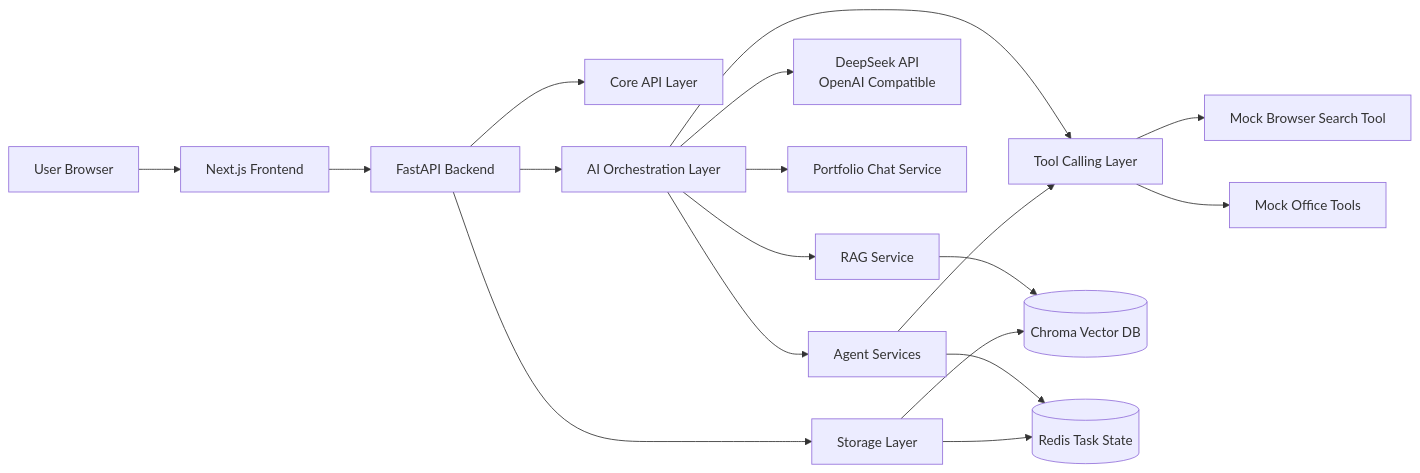
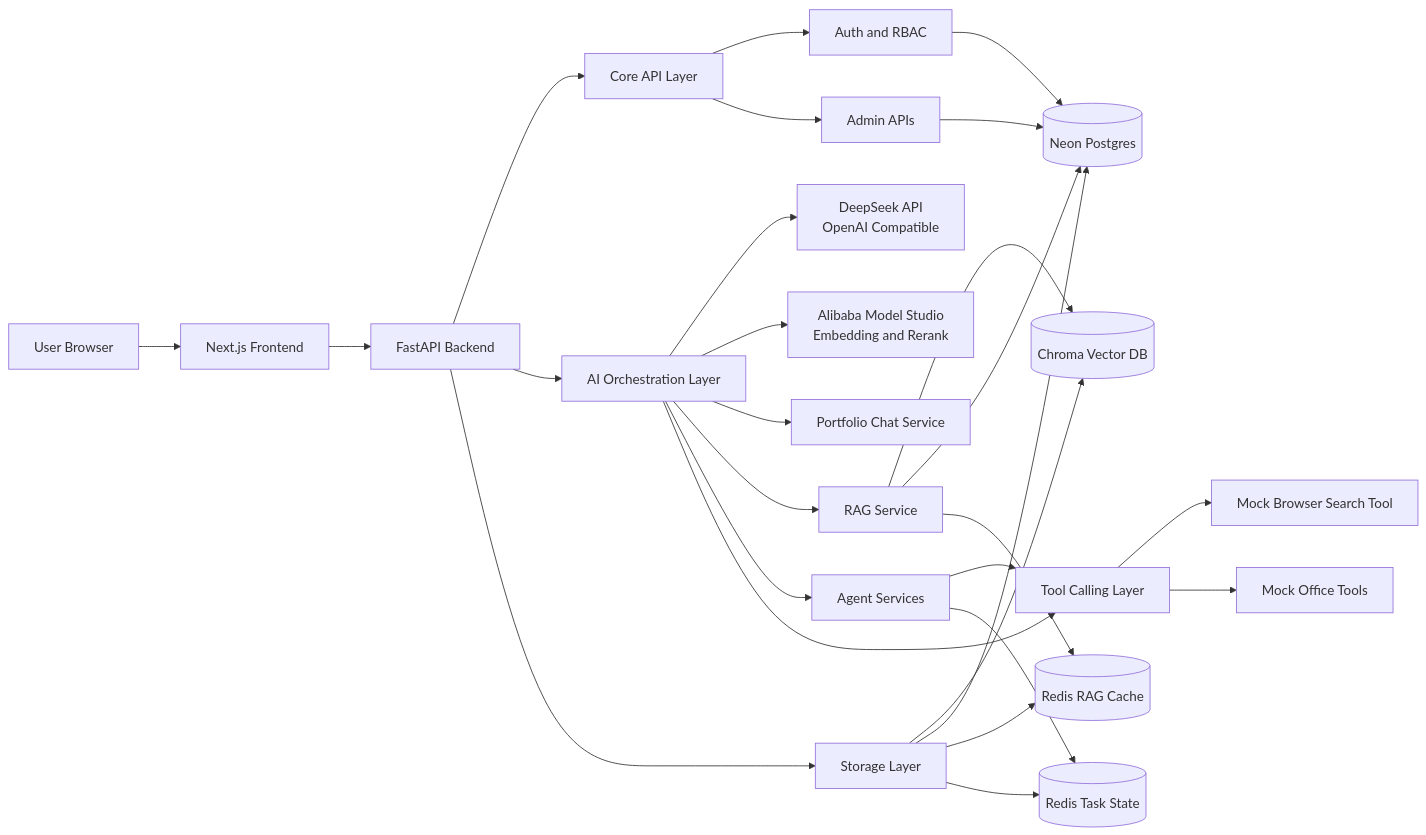
One commit to TotoroKingdom/paiguangguang-ai changed the diagram in paiguangguang/docs/architecture.md. Above: the diagram before and after it, drawn with Mermaid. The commit also changed other lines of this file and 3 other files, not shown here.

````diff
--- a/paiguangguang/docs/architecture.md
+++ b/paiguangguang/docs/architecture.md
@@ -5,24 +5,33 @@
 ```mermaid
 flowchart LR
   U[User Browser] --> FE[Next.js Frontend]
   FE --> API[FastAPI Backend]
 
   API --> Core[Core API Layer]
   API --> AI[AI Orchestration Layer]
   API --> Store[Storage Layer]
 
+  Core --> Auth[Auth and RBAC]
+  Core --> Admin[Admin APIs]
   AI --> DeepSeek[DeepSeek API<br/>OpenAI Compatible]
+  AI --> DashScope[Alibaba Model Studio<br/>Embedding and Rerank]
   AI --> Portfolio[Portfolio Chat Service]
   AI --> RAG[RAG Service]
   AI --> Agents[Agent Services]
   AI --> Tools[Tool Calling Layer]
 
   RAG --> Chroma[(Chroma Vector DB)]
+  RAG --> Postgres[(Neon Postgres)]
+  Auth --> Postgres
+  Admin --> Postgres
+  RAG --> RedisCache[(Redis RAG Cache)]
   Agents --> Tools
   Agents --> Redis[(Redis Task State)]
   Store --> Chroma
+  Store --> Postgres
+  Store --> RedisCache
   Store --> Redis
 
   Tools --> Browser[Mock Browser Search Tool]
   Tools --> Office[Mock Office Tools]
 ```
````
